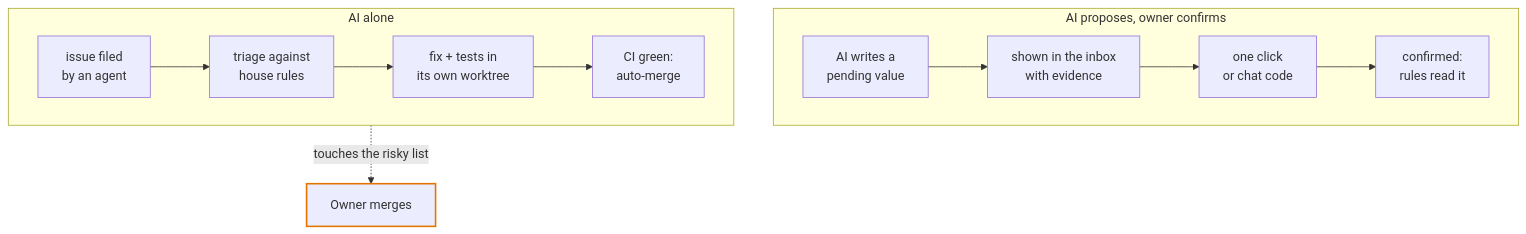
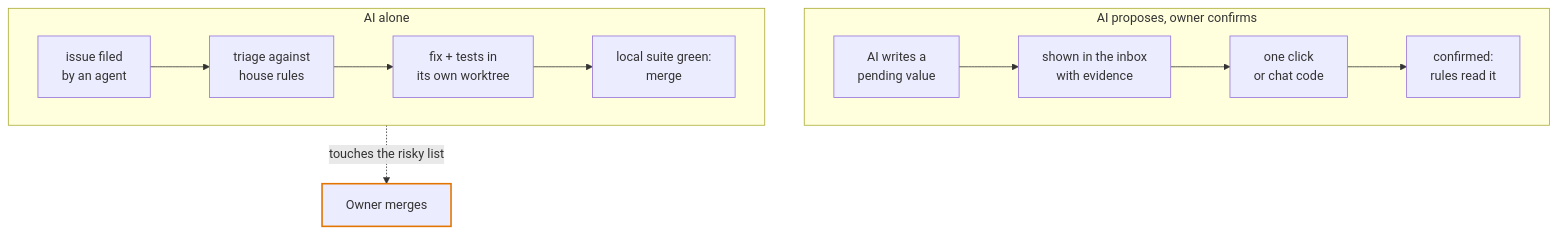
The second of 3 diagrams in README.md (thaddeus-builds/skill-pack-playbook), drawn with Mermaid before and after one commit. The commit also changed 3 other files, not shown here.

Commit message:
operating rule 4: merge on the local suite, CI on main after; risky and environment-dependent changes wait for the MR's CI

````diff
--- a/README.md
+++ b/README.md
@@ -50,14 +50,14 @@
 ```mermaid
 flowchart TB
     subgraph L2["AI proposes, owner confirms"]
       direction LR
       b1["AI writes a<br/>pending value"] --> b2["shown in the inbox<br/>with evidence"] --> b3["one click<br/>or chat code"] --> b4["confirmed:<br/>rules read it"]
     end
     subgraph L3["AI alone"]
       direction LR
-      c1["issue filed<br/>by an agent"] --> c2["triage against<br/>house rules"] --> c3["fix + tests in<br/>its own worktree"] --> c4["CI green:<br/>auto-merge"]
+      c1["issue filed<br/>by an agent"] --> c2["triage against<br/>house rules"] --> c3["fix + tests in<br/>its own worktree"] --> c4["local suite green:<br/>merge"]
     end
     OM["Owner merges"]:::risky
     L3 -. "touches the risky list" .-> OM
     classDef risky stroke:#e37400,stroke-width:2px
 ```
````
